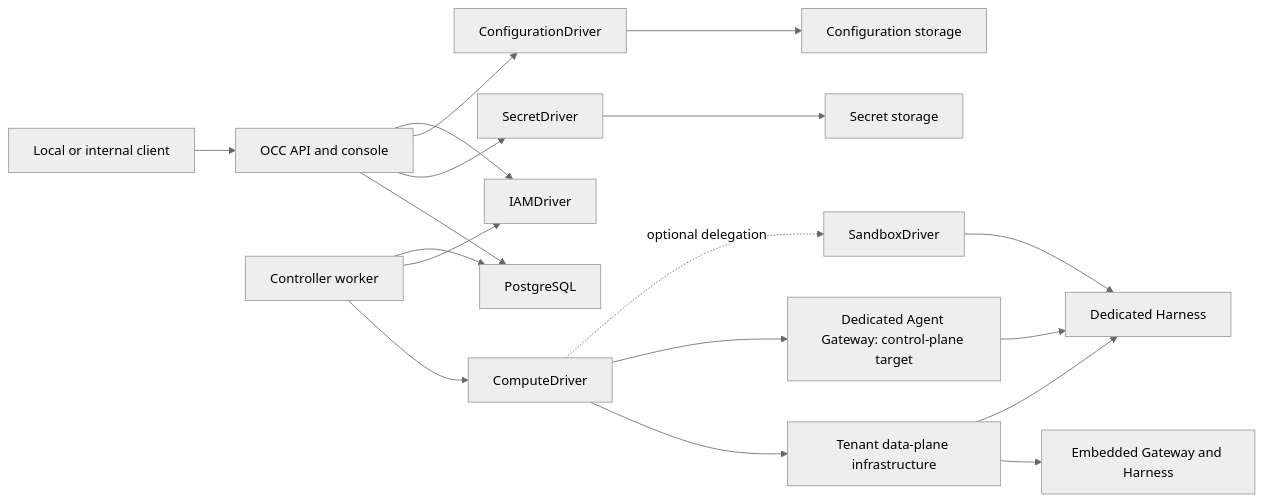
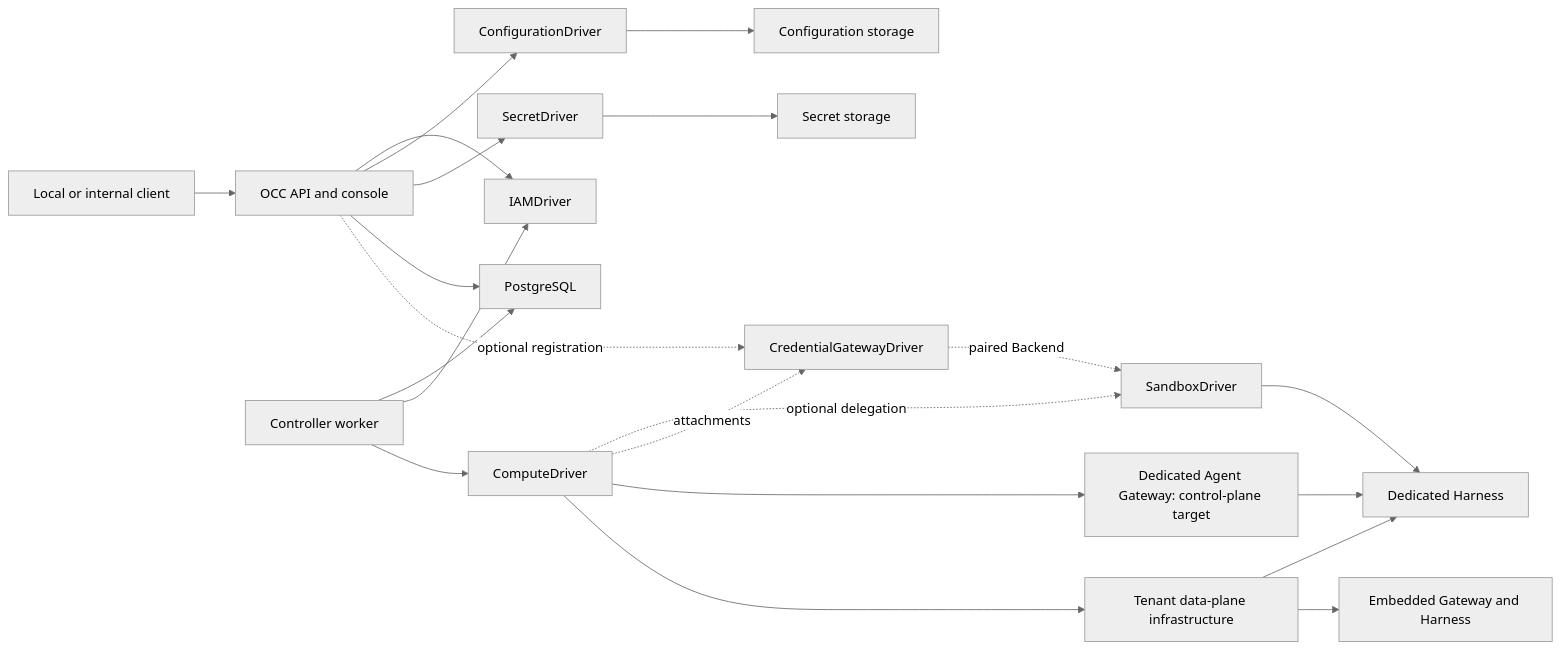
The first of 2 diagrams in docs/ARCHITECTURE.md (IsaiahStapleton/openclaw-enterprise), drawn with Mermaid (neutral theme) before and after one commit. The commit also changed other lines of this file and 82 other files, not shown here.

````diff
--- a/docs/ARCHITECTURE.md
+++ b/docs/ARCHITECTURE.md
@@ -16,20 +16,23 @@
 ```mermaid
 flowchart LR
     Client["Local or internal client"] --> API["OCC API and console"]
     API --> IAM["IAMDriver"]
     API --> Config["ConfigurationDriver"]
     API --> Secret["SecretDriver"]
     API --> DB["PostgreSQL"]
     Worker["Controller worker"] --> DB
     Worker --> IAM
     Worker --> Compute["ComputeDriver"]
     Compute -. "optional delegation" .-> Sandbox["SandboxDriver"]
+    API -. "optional registration" .-> CredGW["CredentialGatewayDriver"]
+    Compute -. "attachments" .-> CredGW
+    CredGW -. "paired Backend" .-> Sandbox
     Config --> ConfigStore["Configuration storage"]
     Secret --> SecretStore["Secret storage"]
     Compute --> Gateway["Dedicated Agent Gateway: control-plane target"]
     Compute --> Namespace["Tenant data-plane infrastructure"]
     Namespace --> Harness["Dedicated Harness"]
     Namespace --> Embedded["Embedded Gateway and Harness"]
     Gateway --> Harness
     Sandbox --> Harness
 ```
````
